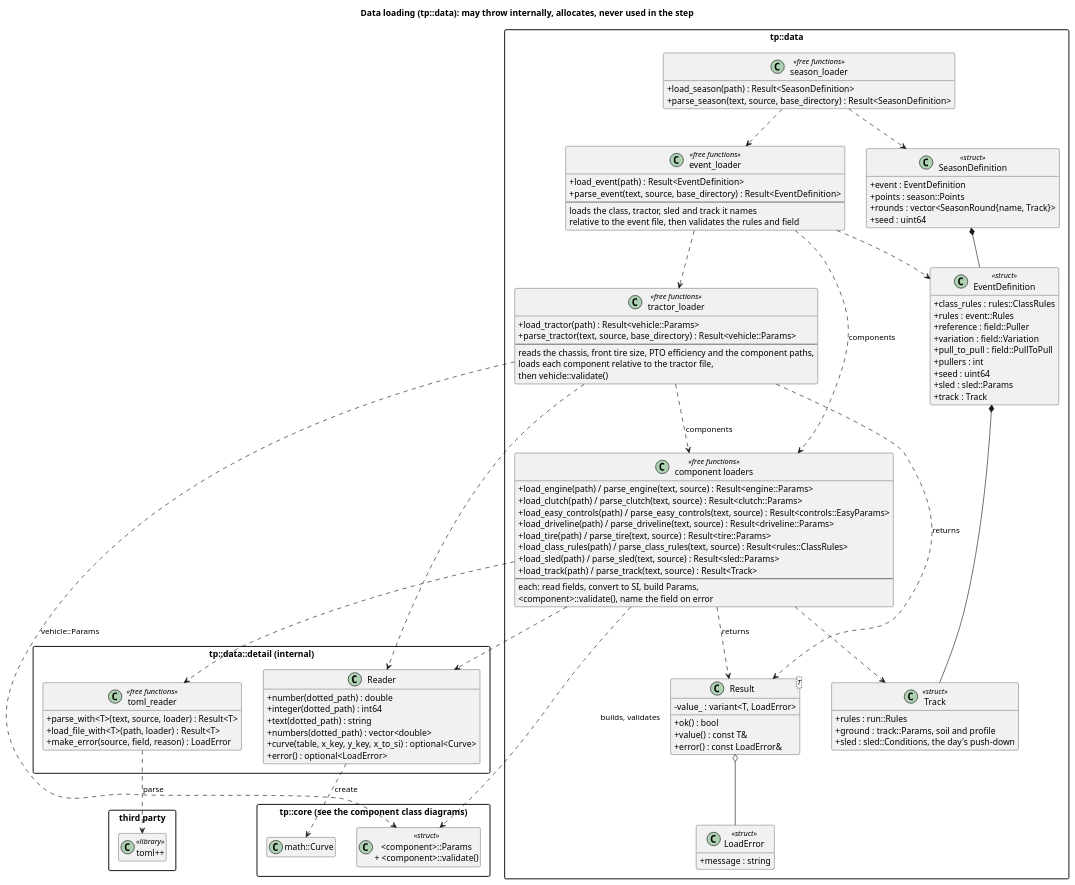
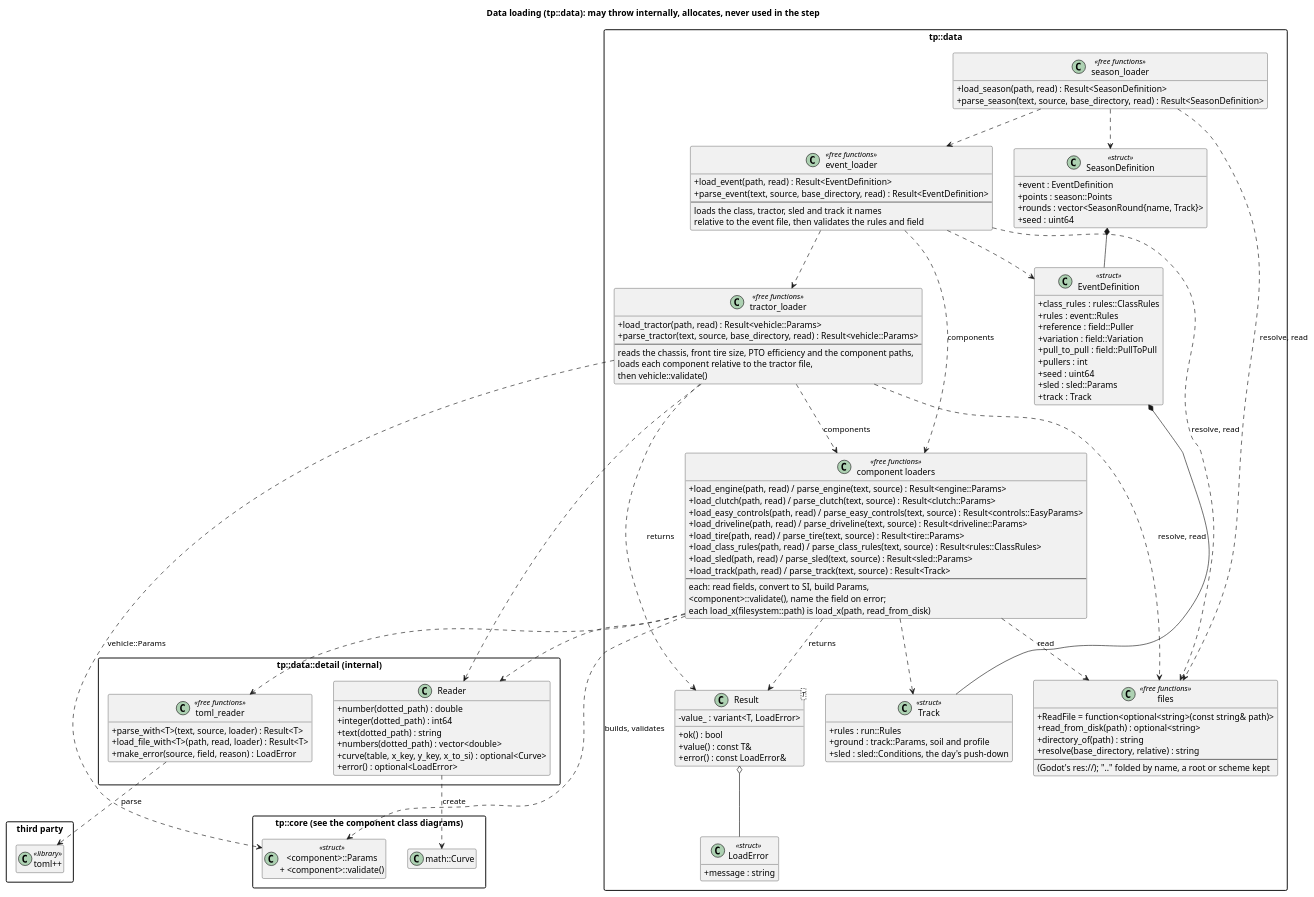
The diagram in docs/diagrams/data_io_classes.puml (wversteeg/TractorPulling), drawn with PlantUML before and after one commit. The commit also changed 32 other files, not shown here.

First line of the commit message:
Load data through a file-reading function the front end supplies

```diff
--- a/docs/diagrams/data_io_classes.puml
+++ b/docs/diagrams/data_io_classes.puml
@@ -1,118 +1,132 @@
 @startuml data_io_classes
 title Data loading (tp::data): may throw internally, allocates, never used in the step
 hide empty members
 top to bottom direction
 skinparam packageStyle rectangle
 skinparam classAttributeIconSize 0
 
 package "tp::data" {
   class LoadError <<struct>> {
     +message : string
   }
   class "Result<T>" as Result {
     -value_ : variant<T, LoadError>
     +ok() : bool
     +value() : const T&
     +error() : const LoadError&
   }
+  class "files" as Files <<free functions>> {
+    +ReadFile = function<optional<string>(const string& path)>
+    +read_from_disk(path) : optional<string>
+    +directory_of(path) : string
+    +resolve(base_directory, relative) : string
+    --
+    '/'-separated paths; a front end supplies its own ReadFile
+    (Godot's res://); ".." folded by name, a root or scheme kept
+  }
   class "component loaders" as Loaders <<free functions>> {
-    +load_engine(path) / parse_engine(text, source) : Result<engine::Params>
-    +load_clutch(path) / parse_clutch(text, source) : Result<clutch::Params>
-    +load_easy_controls(path) / parse_easy_controls(text, source) : Result<controls::EasyParams>
-    +load_driveline(path) / parse_driveline(text, source) : Result<driveline::Params>
-    +load_tire(path) / parse_tire(text, source) : Result<tire::Params>
-    +load_class_rules(path) / parse_class_rules(text, source) : Result<rules::ClassRules>
-    +load_sled(path) / parse_sled(text, source) : Result<sled::Params>
-    +load_track(path) / parse_track(text, source) : Result<Track>
+    +load_engine(path, read) / parse_engine(text, source) : Result<engine::Params>
+    +load_clutch(path, read) / parse_clutch(text, source) : Result<clutch::Params>
+    +load_easy_controls(path, read) / parse_easy_controls(text, source) : Result<controls::EasyParams>
+    +load_driveline(path, read) / parse_driveline(text, source) : Result<driveline::Params>
+    +load_tire(path, read) / parse_tire(text, source) : Result<tire::Params>
+    +load_class_rules(path, read) / parse_class_rules(text, source) : Result<rules::ClassRules>
+    +load_sled(path, read) / parse_sled(text, source) : Result<sled::Params>
+    +load_track(path, read) / parse_track(text, source) : Result<Track>
     --
     each: read fields, convert to SI, build Params,
-    <component>::validate(), name the field on error
+    <component>::validate(), name the field on error;
+    each load_x(filesystem::path) is load_x(path, read_from_disk)
   }
   class Track <<struct>> {
     +rules : run::Rules
     +ground : track::Params, soil and profile
     +sled : sled::Conditions, the day's push-down
   }
   class EventDefinition <<struct>> {
     +class_rules : rules::ClassRules
     +rules : event::Rules
     +reference : field::Puller
     +variation : field::Variation
     +pull_to_pull : field::PullToPull
     +pullers : int
     +seed : uint64
     +sled : sled::Params
     +track : Track
   }
   class "event_loader" as EventLoader <<free functions>> {
-    +load_event(path) : Result<EventDefinition>
-    +parse_event(text, source, base_directory) : Result<EventDefinition>
+    +load_event(path, read) : Result<EventDefinition>
+    +parse_event(text, source, base_directory, read) : Result<EventDefinition>
     --
     loads the class, tractor, sled and track it names
     relative to the event file, then validates the rules and field
   }
   class SeasonDefinition <<struct>> {
     +event : EventDefinition
     +points : season::Points
     +rounds : vector<SeasonRound{name, Track}>
     +seed : uint64
   }
   class "season_loader" as SeasonLoader <<free functions>> {
-    +load_season(path) : Result<SeasonDefinition>
-    +parse_season(text, source, base_directory) : Result<SeasonDefinition>
+    +load_season(path, read) : Result<SeasonDefinition>
+    +parse_season(text, source, base_directory, read) : Result<SeasonDefinition>
   }
   class "tractor_loader" as TractorLoader <<free functions>> {
-    +load_tractor(path) : Result<vehicle::Params>
-    +parse_tractor(text, source, base_directory) : Result<vehicle::Params>
+    +load_tractor(path, read) : Result<vehicle::Params>
+    +parse_tractor(text, source, base_directory, read) : Result<vehicle::Params>
     --
     reads the chassis, front tire size, PTO efficiency and the component paths,
     loads each component relative to the tractor file,
     then vehicle::validate()
   }
   Result o-- LoadError
   Loaders ..> Result : returns
   Loaders ..> Track
   EventLoader ..> EventDefinition
   EventLoader ..> Loaders : components
   EventLoader ..> TractorLoader
   EventDefinition *-- Track
   SeasonLoader ..> SeasonDefinition
   SeasonLoader ..> EventLoader
   SeasonDefinition *-- EventDefinition
   TractorLoader ..> Loaders : components
+  Loaders ..> Files : read
+  TractorLoader ..> Files : resolve, read
+  EventLoader ..> Files : resolve, read
+  SeasonLoader ..> Files : resolve, read
   TractorLoader ..> Result : returns
 }
 
 package "tp::data::detail (internal)" {
   class Reader {
     +number(dotted_path) : double
     +integer(dotted_path) : int64
     +text(dotted_path) : string
     +numbers(dotted_path) : vector<double>
     +curve(table, x_key, y_key, x_to_si) : optional<Curve>
     +error() : optional<LoadError>
   }
   class "toml_reader" as TomlFns <<free functions>> {
     +parse_with<T>(text, source, loader) : Result<T>
-    +load_file_with<T>(path, loader) : Result<T>
+    +load_file_with<T>(path, read, loader) : Result<T>
     +make_error(source, field, reason) : LoadError
   }
 }
 Loaders ..> TomlFns
 Loaders ..> Reader
 
 package "tp::core (see the component class diagrams)" {
   class "<component>::Params\n+ <component>::validate()" as CoreParams <<struct>>
   class "math::Curve" as Curve
 }
 
 package "third party" {
   class "toml++" as Toml <<library>>
 }
 
 TomlFns ..> Toml : parse
 Reader ..> Curve : create
 Loaders ..> CoreParams : builds, validates
 TractorLoader ..> Reader
 TractorLoader ..> CoreParams : vehicle::Params
 @enduml
```
